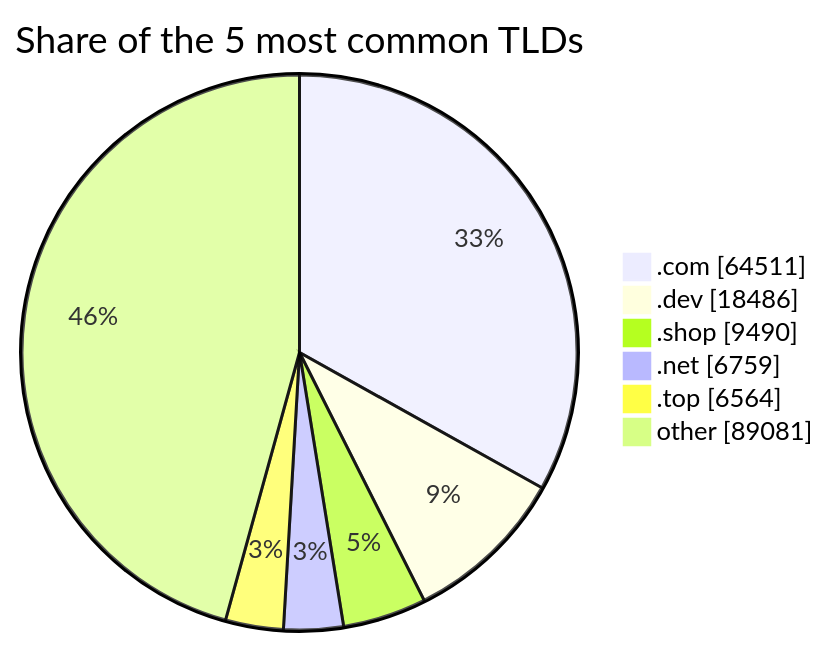
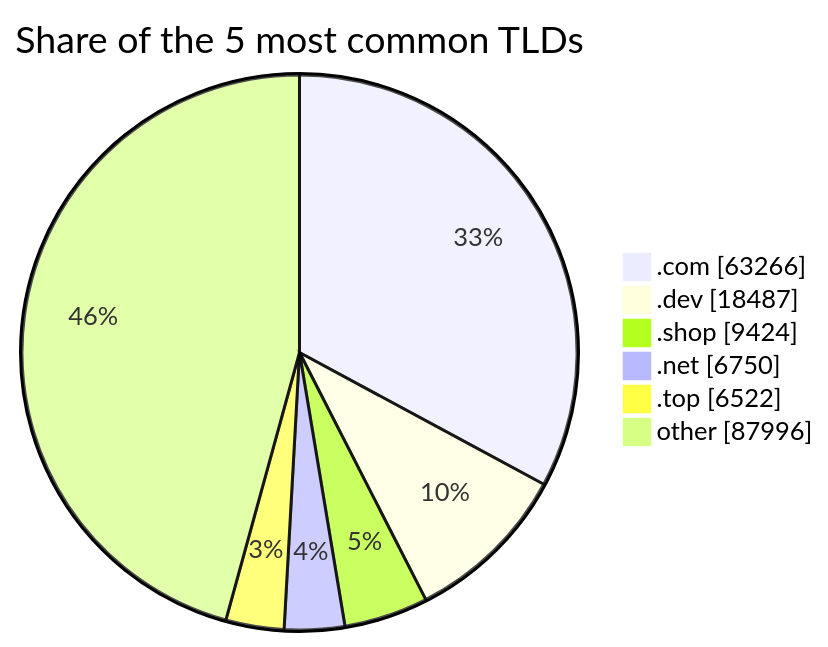
Before and after one commit to DNSBunker/CTI: the third of 3 diagrams in README.md, drawn with Mermaid. The commit also changed other lines of this file and 3 other files, not shown here.

````diff
--- a/README.md
+++ b/README.md
@@ -81,9 +81,9 @@
 ```mermaid
 pie showData title Share of the 5 most common TLDs
-    ".com" : 64511
-    ".dev" : 18486
-    ".shop" : 9490
-    ".net" : 6759
-    ".top" : 6564
-    "other" : 89081
+    ".com" : 63266
+    ".dev" : 18487
+    ".shop" : 9424
+    ".net" : 6750
+    ".top" : 6522
+    "other" : 87996
 ```
````
